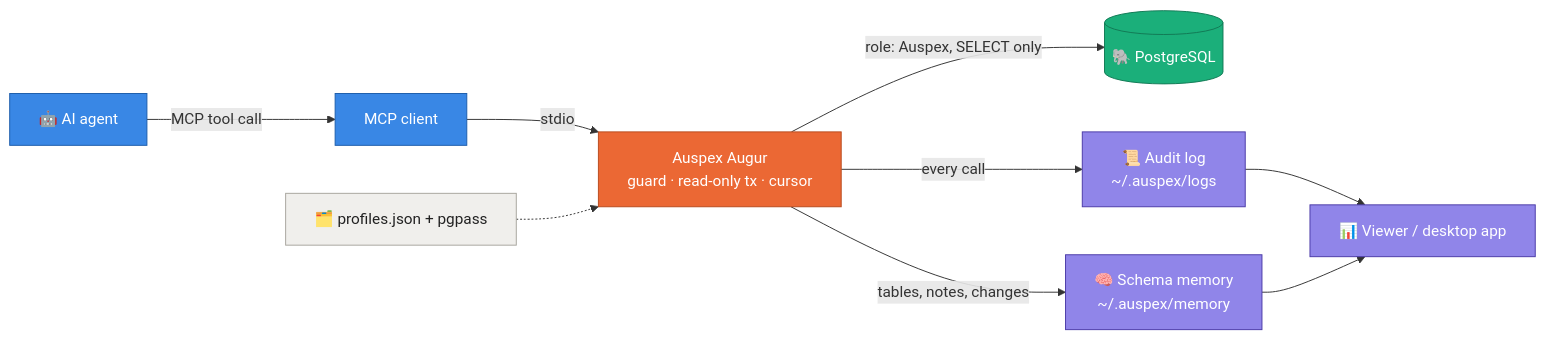
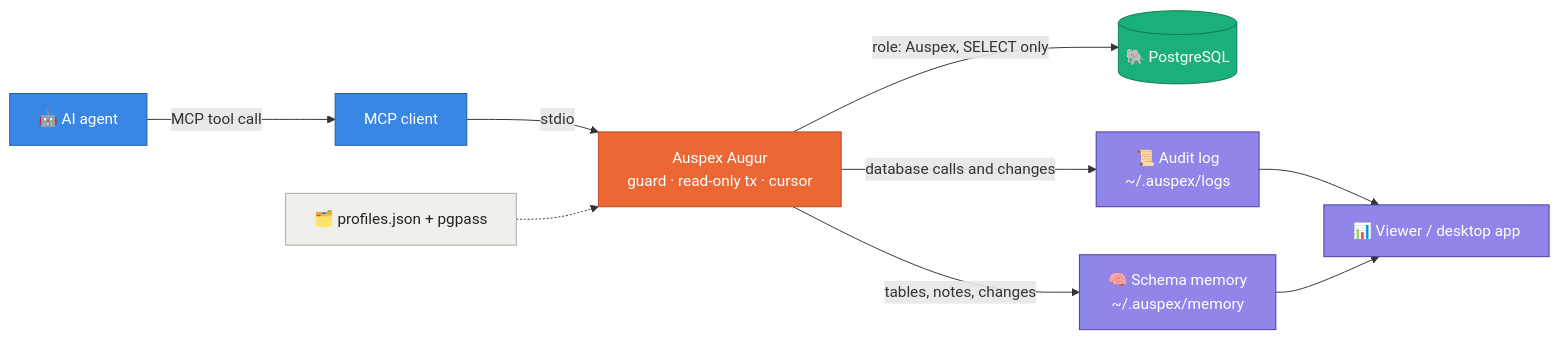
The diagram in README.md (baranmerez/Auspex-Augur), drawn with Mermaid before and after one commit. The commit also changed other lines of this file and 2 other files, not shown here.

Commit message:
docs(auspex): accurate audit, lock, notes and estimated-plan wording; list deliberate gaps in handoff

````diff
--- a/README.md
+++ b/README.md
@@ -77,22 +77,22 @@
 ```mermaid
 flowchart LR
     A["🤖 AI agent"] -->|MCP tool call| C["MCP client"]
     C -->|stdio| S["Auspex Augur<br/>guard · read-only tx · cursor"]
     S -->|role: Auspex, SELECT only| D[("🐘 PostgreSQL")]
-    S -->|every call| L["📜 Audit log<br/>~/.auspex/logs"]
+    S -->|database calls and changes| L["📜 Audit log<br/>~/.auspex/logs"]
     S -->|tables, notes, changes| M["🧠 Schema memory<br/>~/.auspex/memory"]
     L --> V["📊 Viewer / desktop app"]
     M --> V
     P["🗂️ profiles.json + pgpass"] -.-> S
 
     classDef agent fill:#3987e5,stroke:#1c5cab,color:#fff
     classDef core fill:#eb6834,stroke:#b84a1d,color:#fff
     classDef db fill:#1baf7a,stroke:#127a55,color:#fff
     classDef log fill:#9085e9,stroke:#4a3aa7,color:#fff
     classDef cfg fill:#f0efec,stroke:#a7a59e,color:#222
     class A,C agent
     class S core
     class D db
     class L,V,M log
     class P cfg
 ```
````
